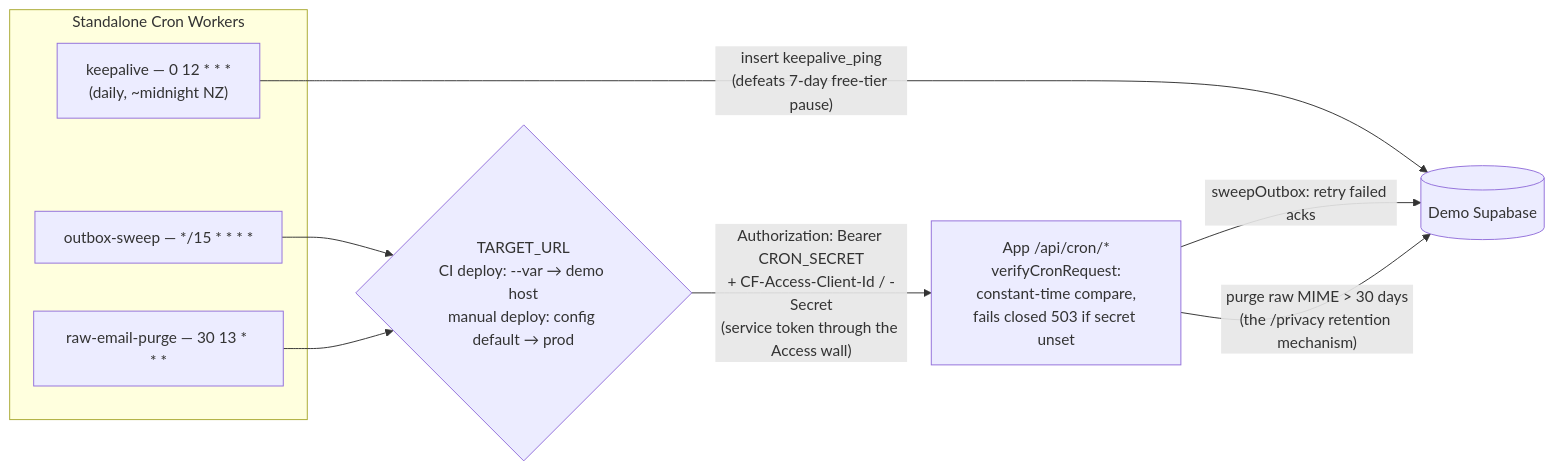
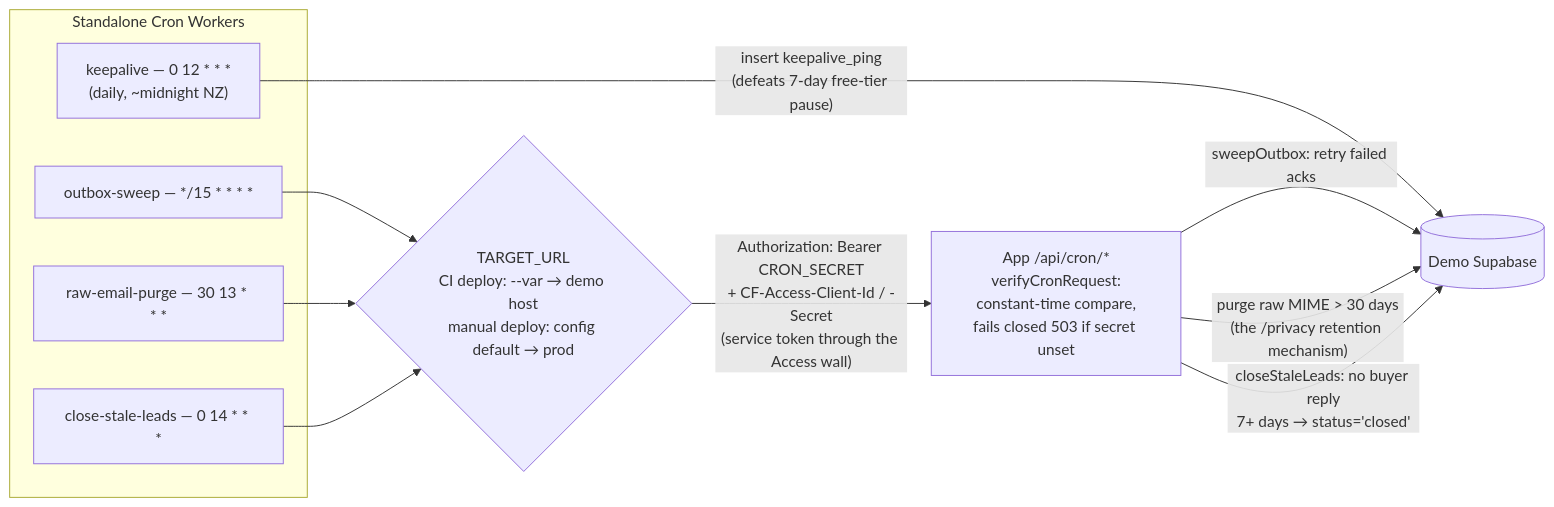
The fourth of 4 diagrams in docs/architecture.md (inspiro-nz/usedcarsnz), drawn with Mermaid before and after one commit. The commit also changed other lines of this file and 33 other files, not shown here.

````diff
--- a/docs/architecture.md
+++ b/docs/architecture.md
@@ -156,16 +162,19 @@
 ```mermaid
 flowchart LR
     subgraph Crons["Standalone Cron Workers"]
         KA["keepalive — 0 12 * * *<br/>(daily, ~midnight NZ)"]
         OS["outbox-sweep — */15 * * * *"]
         RP["raw-email-purge — 30 13 * * *"]
+        CS["close-stale-leads — 0 14 * * *"]
     end
 
     KA -->|"insert keepalive_ping<br/>(defeats 7-day free-tier pause)"| DSB[("Demo Supabase")]
 
     OS --> T{"TARGET_URL<br/>CI deploy: --var → demo host<br/>manual deploy: config default → prod"}
     RP --> T
+    CS --> T
     T -->|"Authorization: Bearer CRON_SECRET<br/>+ CF-Access-Client-Id / -Secret<br/>(service token through the Access wall)"| API["App /api/cron/*<br/>verifyCronRequest:<br/>constant-time compare,<br/>fails closed 503 if secret unset"]
     API -->|sweepOutbox: retry failed acks| DSB
     API -->|"purge raw MIME > 30 days<br/>(the /privacy retention mechanism)"| DSB
+    API -->|"closeStaleLeads: no buyer reply<br/>7+ days → status='closed'"| DSB
 ```
````
